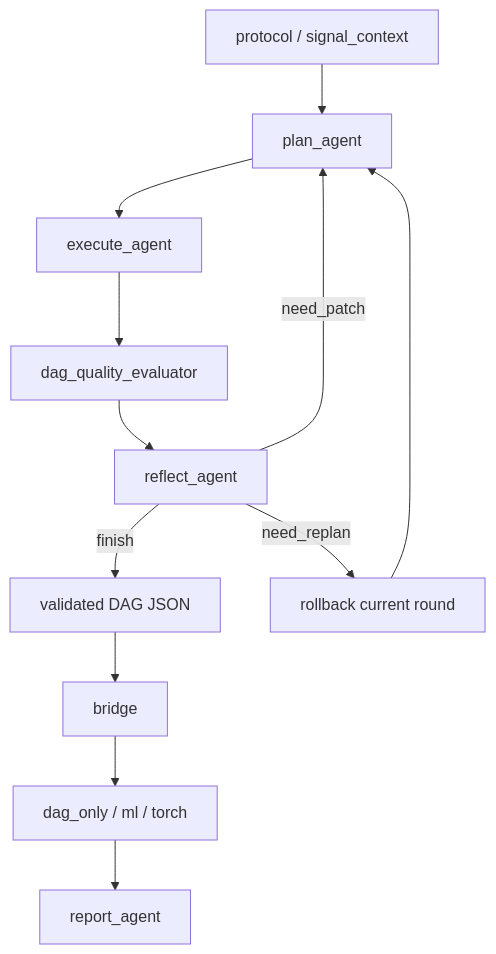
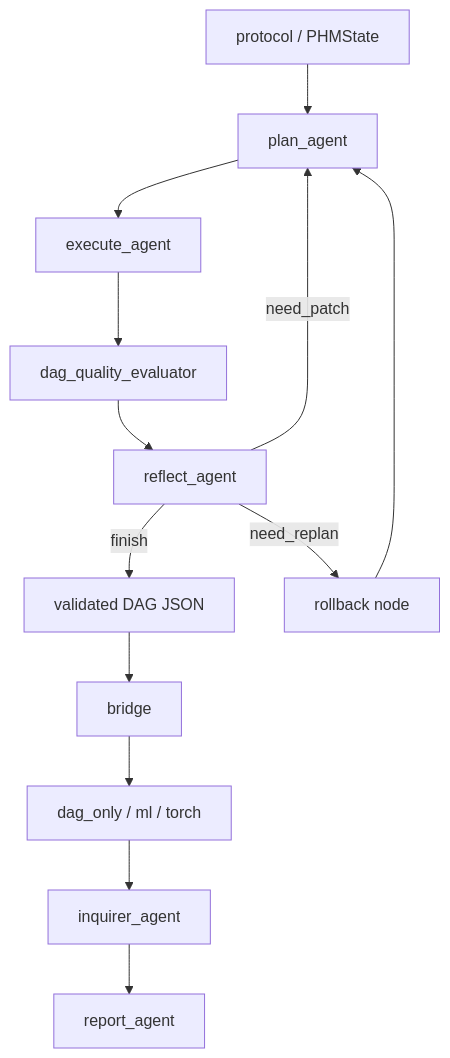
The diagram in README.md (PHMbench/PHMGA), drawn with Mermaid before and after one commit. The commit also changed other lines of this file and 2 other files, not shown here.

````diff
--- a/README.md
+++ b/README.md
@@ -140,17 +143,18 @@
 ```mermaid
 flowchart TD
-    A[protocol / signal_context]
+    A[protocol / PHMState]
     B[plan_agent]
     C[execute_agent]
     D[dag_quality_evaluator]
     E[reflect_agent]
     F[validated DAG JSON]
     G[bridge]
     H[dag_only / ml / torch]
-    I[report_agent]
+    I[inquirer_agent]
+    J[report_agent]
 
     A --> B --> C --> D --> E
     E -- need_patch --> B
-    E -- need_replan --> R[rollback current round] --> B
-    E -- finish --> F --> G --> H --> I
+    E -- need_replan --> R[rollback node] --> B
+    E -- finish --> F --> G --> H --> I --> J
 ```
````
